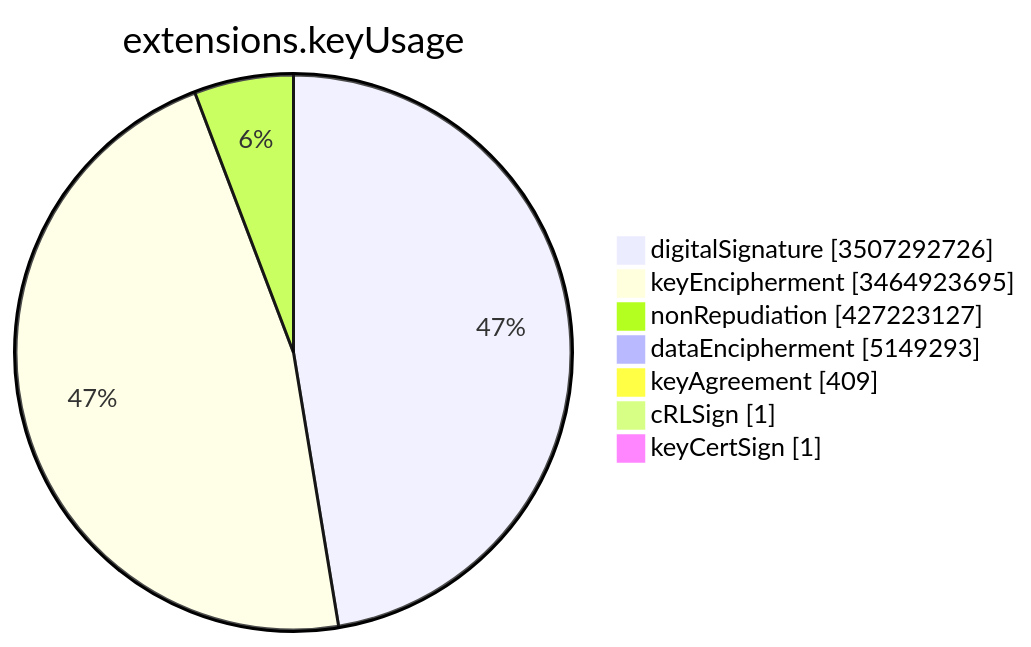
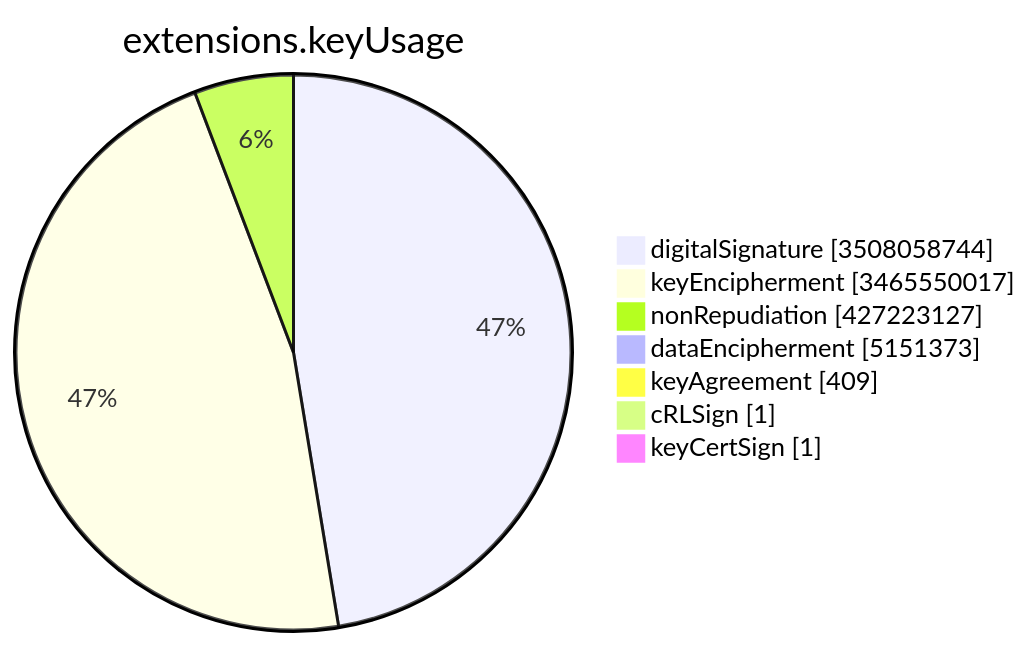
One commit to christiankrug/ctmonitor_visualization changed the sixth of 15 diagrams in TOTAL/README.md. Above: the diagram before and after it, drawn with Mermaid. The commit also changed other lines of this file, not shown here.

````diff
--- a/TOTAL/README.md
+++ b/TOTAL/README.md
@@ -3083,11 +3083,11 @@
 ```mermaid
 pie showData
 title extensions.keyUsage
-"digitalSignature" :3507292726
-"keyEncipherment" :3464923695
+"digitalSignature" :3508058744
+"keyEncipherment" :3465550017
 "nonRepudiation" :427223127
-"dataEncipherment" :5149293
+"dataEncipherment" :5151373
 "keyAgreement" :409
 "cRLSign" :1
 "keyCertSign" :1
 ```
````
